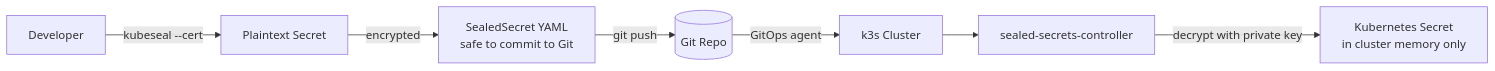
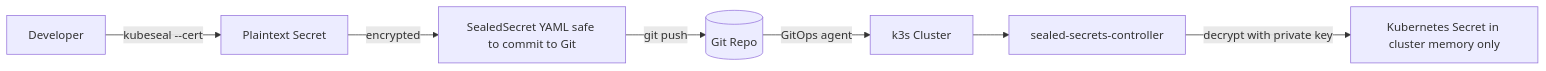
One commit to UncleJS/course_k3s changed the second of 2 diagrams in 11_gitops/04_managing_apps_with_gitops.md. Above: the diagram before and after it, drawn with Mermaid. The commit also changed 57 other files, not shown here.

````diff
--- a/11_gitops/04_managing_apps_with_gitops.md
+++ b/11_gitops/04_managing_apps_with_gitops.md
@@ -396,9 +396,9 @@
 ```mermaid
 flowchart LR
     DEV[Developer] -->|kubeseal --cert| PLAIN[Plaintext Secret]
-    PLAIN -->|encrypted| SEALED[SealedSecret YAML\nsafe to commit to Git]
+    PLAIN -->|encrypted| SEALED[SealedSecret YAML safe to commit to Git]
     SEALED -->|git push| REPO[(Git Repo)]
     REPO -->|GitOps agent| CLUSTER[k3s Cluster]
     CLUSTER --> CTRL[sealed-secrets-controller]
-    CTRL -->|decrypt with private key| SECRET[Kubernetes Secret\nin cluster memory only]
+    CTRL -->|decrypt with private key| SECRET[Kubernetes Secret in cluster memory only]
 ```
````
